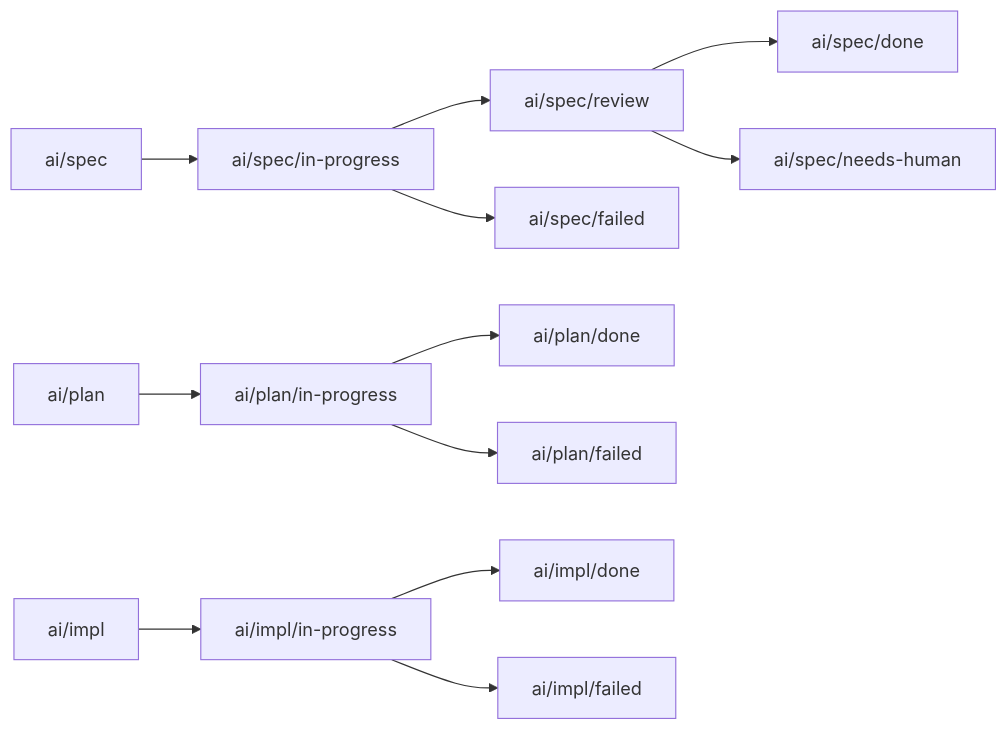
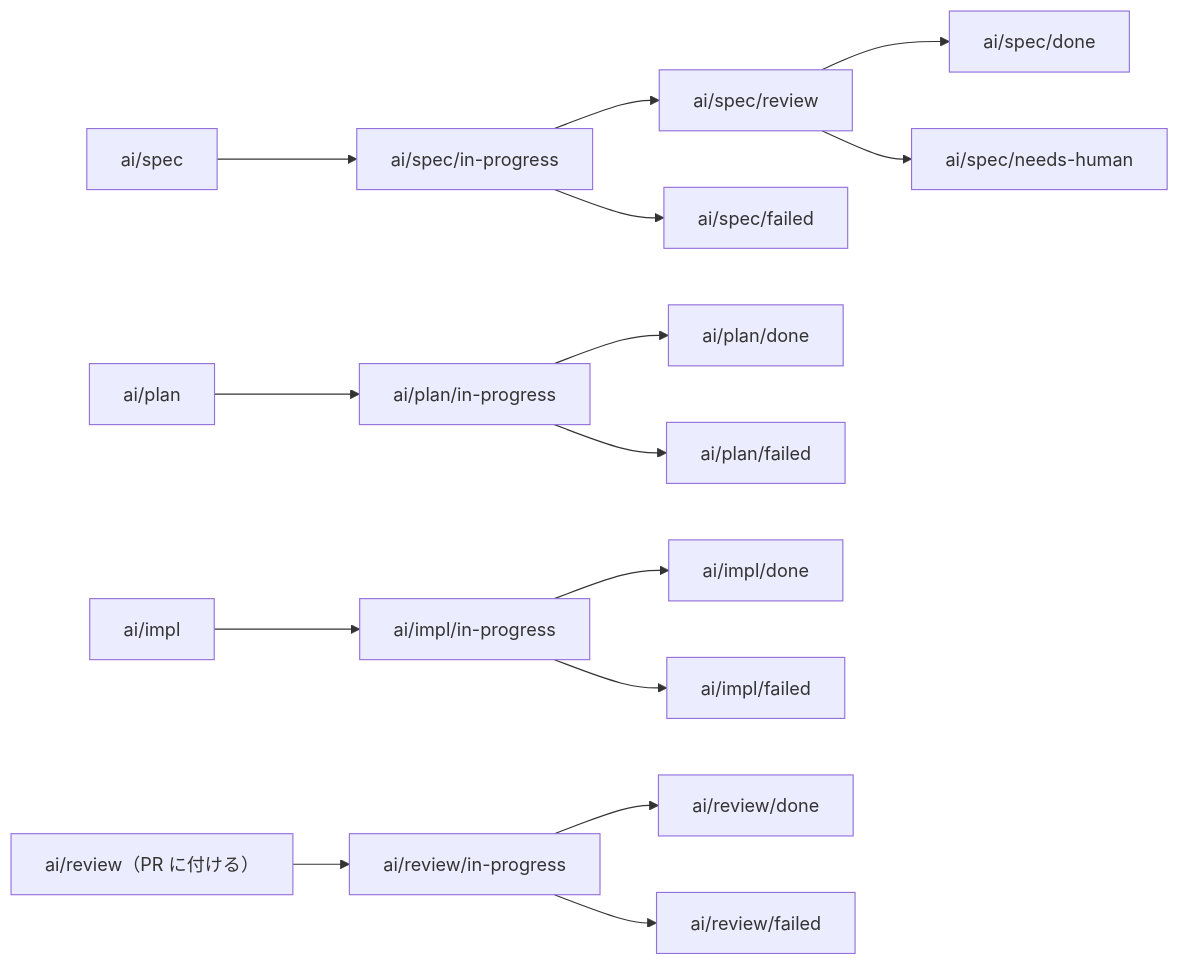
The second of 2 diagrams in README.ja.md (nonz250/sabori-flow), drawn with Mermaid before and after one commit. The commit also changed other lines of this file and 3 other files, not shown here.

````diff
--- a/README.ja.md
+++ b/README.ja.md
@@ -189,16 +190,20 @@
 ```mermaid
 flowchart LR
     A["ai/spec"] --> B["ai/spec/in-progress"]
     B --> C["ai/spec/review"]
     C --> D["ai/spec/done"]
     C --> E["ai/spec/needs-human"]
     B --> F["ai/spec/failed"]
 
     G["ai/plan"] --> H["ai/plan/in-progress"]
     H --> I["ai/plan/done"]
     H --> J["ai/plan/failed"]
 
     K["ai/impl"] --> L["ai/impl/in-progress"]
     L --> M["ai/impl/done"]
     L --> N["ai/impl/failed"]
+
+    O["ai/review（PR に付ける）"] --> P["ai/review/in-progress"]
+    P --> Q["ai/review/done"]
+    P --> R["ai/review/failed"]
 ```
````
